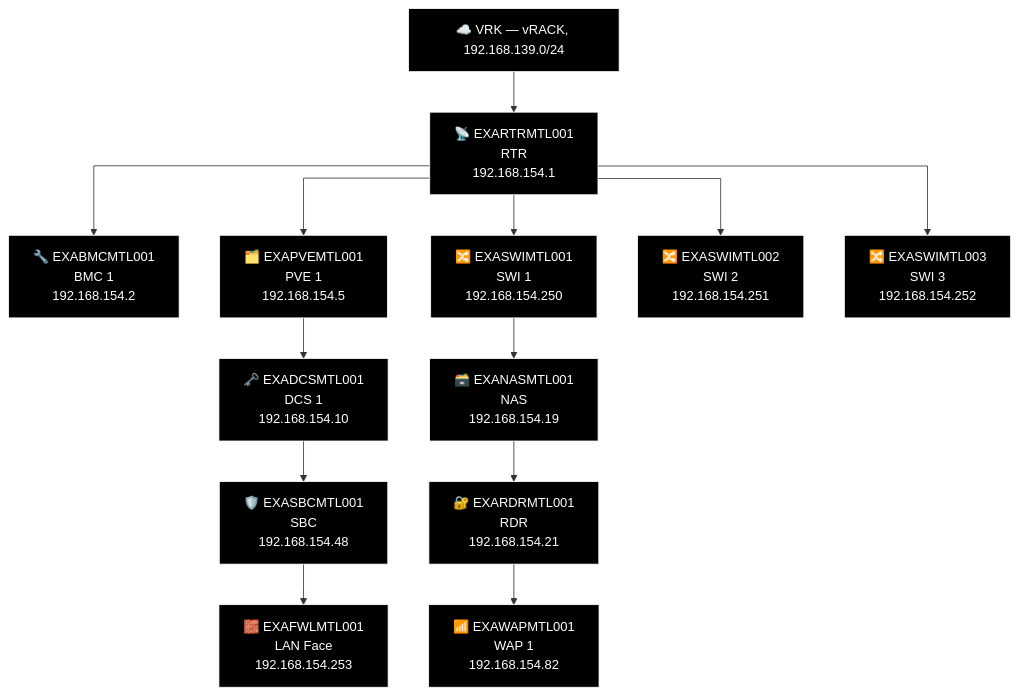
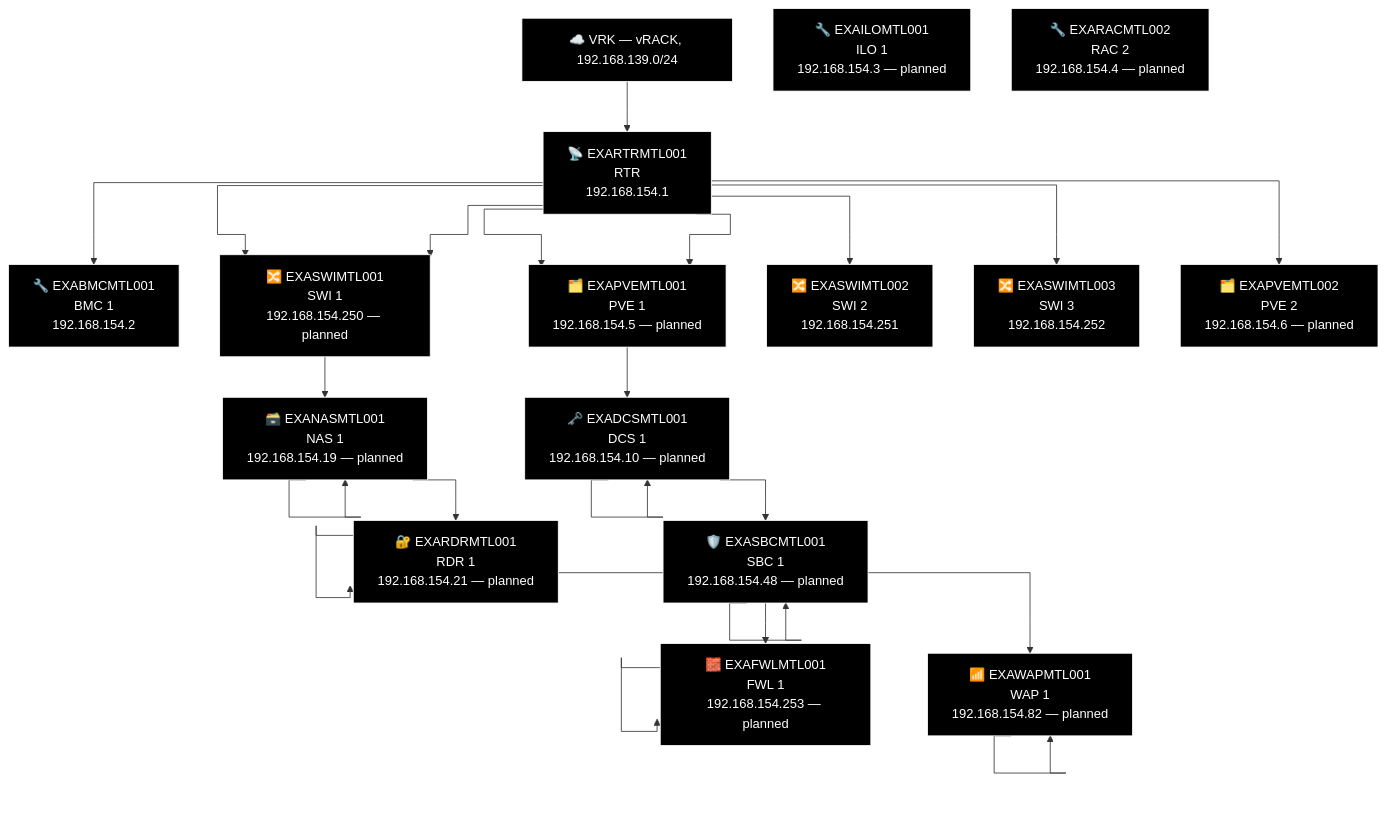
One commit to knightmare2600/example_music_infra changed the eighth of 9 diagrams in docs/network-diagram/canada.md. Above: the diagram before and after it, drawn with Mermaid. The commit also changed other lines of this file and 10 other files, not shown here.

````diff
--- a/docs/network-diagram/canada.md
+++ b/docs/network-diagram/canada.md
@@ -332,40 +332,65 @@
 ```mermaid
 %% GENERATED:TOPOLOGY:MTL:START
 %%{init: {'flowchart': {'curve': 'stepAfter'}}}%%
 graph TD
     T_VRK["☁️ VRK — vRACK, 192.168.139.0/24"]
     T_RTR["📡 EXARTRMTL001<br/>RTR<br/>192.168.154.1"]
     T_VRK --> T_RTR
     T_BMC["🔧 EXABMCMTL001<br/>BMC 1<br/>192.168.154.2"]
     T_RTR --> T_BMC
     T_PVE["🗂️ EXAPVEMTL001<br/>PVE 1<br/>192.168.154.5"]
     T_RTR --> T_PVE
     T_SWI["🔀 EXASWIMTL001<br/>SWI 1<br/>192.168.154.250"]
     T_RTR --> T_SWI
     T_SWI2["🔀 EXASWIMTL002<br/>SWI 2<br/>192.168.154.251"]
     T_RTR --> T_SWI2
     T_SWI3["🔀 EXASWIMTL003<br/>SWI 3<br/>192.168.154.252"]
     T_RTR --> T_SWI3
+    T_SWI["🔀 EXASWIMTL001<br/>SWI 1<br/>192.168.154.250 — planned"]
+    T_RTR --> T_SWI
+    T_PVE["🗂️ EXAPVEMTL001<br/>PVE 1<br/>192.168.154.5 — planned"]
+    T_RTR --> T_PVE
+    T_PVE2["🗂️ EXAPVEMTL002<br/>PVE 2<br/>192.168.154.6 — planned"]
+    T_RTR --> T_PVE2
     T_NAS["🗃️ EXANASMTL001<br/>NAS<br/>192.168.154.19"]
+    T_NAS["🗃️ EXANASMTL001<br/>NAS 1<br/>192.168.154.19 — planned"]
     T_RDR["🔐 EXARDRMTL001<br/>RDR<br/>192.168.154.21"]
+    T_RDR["🔐 EXARDRMTL001<br/>RDR 1<br/>192.168.154.21 — planned"]
     T_WAP["📶 EXAWAPMTL001<br/>WAP 1<br/>192.168.154.82"]
-    T_SWI --> T_NAS --> T_RDR --> T_WAP
+    T_WAP["📶 EXAWAPMTL001<br/>WAP 1<br/>192.168.154.82 — planned"]
+    T_SWI --> T_NAS --> T_NAS --> T_RDR --> T_RDR --> T_WAP --> T_WAP
     T_DCS["🗝️ EXADCSMTL001<br/>DCS 1<br/>192.168.154.10"]
+    T_DCS["🗝️ EXADCSMTL001<br/>DCS 1<br/>192.168.154.10 — planned"]
     T_SBC["🛡️ EXASBCMTL001<br/>SBC<br/>192.168.154.48"]
+    T_SBC["🛡️ EXASBCMTL001<br/>SBC 1<br/>192.168.154.48 — planned"]
     T_FWL["🧱 EXAFWLMTL001<br/>LAN Face<br/>192.168.154.253"]
-    T_PVE --> T_DCS --> T_SBC --> T_FWL
+    T_FWL["🧱 EXAFWLMTL001<br/>FWL 1<br/>192.168.154.253 — planned"]
+    T_PVE --> T_DCS --> T_DCS --> T_SBC --> T_SBC --> T_FWL --> T_FWL
+    T_ILO["🔧 EXAILOMTL001<br/>ILO 1<br/>192.168.154.3 — planned"]
+    T_RAC["🔧 EXARACMTL002<br/>RAC 2<br/>192.168.154.4 — planned"]
     style T_VRK fill:#000000,stroke:#FFFFFF,color:#FFFFFF
     style T_RTR fill:#000000,stroke:#FFFFFF,color:#FFFFFF
     style T_BMC fill:#000000,stroke:#FFFFFF,color:#FFFFFF
     style T_PVE fill:#000000,stroke:#FFFFFF,color:#FFFFFF
     style T_SWI fill:#000000,stroke:#FFFFFF,color:#FFFFFF
     style T_SWI2 fill:#000000,stroke:#FFFFFF,color:#FFFFFF
     style T_SWI3 fill:#000000,stroke:#FFFFFF,color:#FFFFFF
+    style T_SWI fill:#000000,stroke:#FFFFFF,color:#FFFFFF
+    style T_PVE fill:#000000,stroke:#FFFFFF,color:#FFFFFF
+    style T_PVE2 fill:#000000,stroke:#FFFFFF,color:#FFFFFF
+    style T_NAS fill:#000000,stroke:#FFFFFF,color:#FFFFFF
     style T_NAS fill:#000000,stroke:#FFFFFF,color:#FFFFFF
     style T_RDR fill:#000000,stroke:#FFFFFF,color:#FFFFFF
+    style T_RDR fill:#000000,stroke:#FFFFFF,color:#FFFFFF
+    style T_WAP fill:#000000,stroke:#FFFFFF,color:#FFFFFF
     style T_WAP fill:#000000,stroke:#FFFFFF,color:#FFFFFF
     style T_DCS fill:#000000,stroke:#FFFFFF,color:#FFFFFF
+    style T_DCS fill:#000000,stroke:#FFFFFF,color:#FFFFFF
+    style T_SBC fill:#000000,stroke:#FFFFFF,color:#FFFFFF
     style T_SBC fill:#000000,stroke:#FFFFFF,color:#FFFFFF
     style T_FWL fill:#000000,stroke:#FFFFFF,color:#FFFFFF
+    style T_FWL fill:#000000,stroke:#FFFFFF,color:#FFFFFF
+    style T_ILO fill:#000000,stroke:#FFFFFF,color:#FFFFFF
+    style T_RAC fill:#000000,stroke:#FFFFFF,color:#FFFFFF
 %% GENERATED:TOPOLOGY:MTL:END
 ```
````
